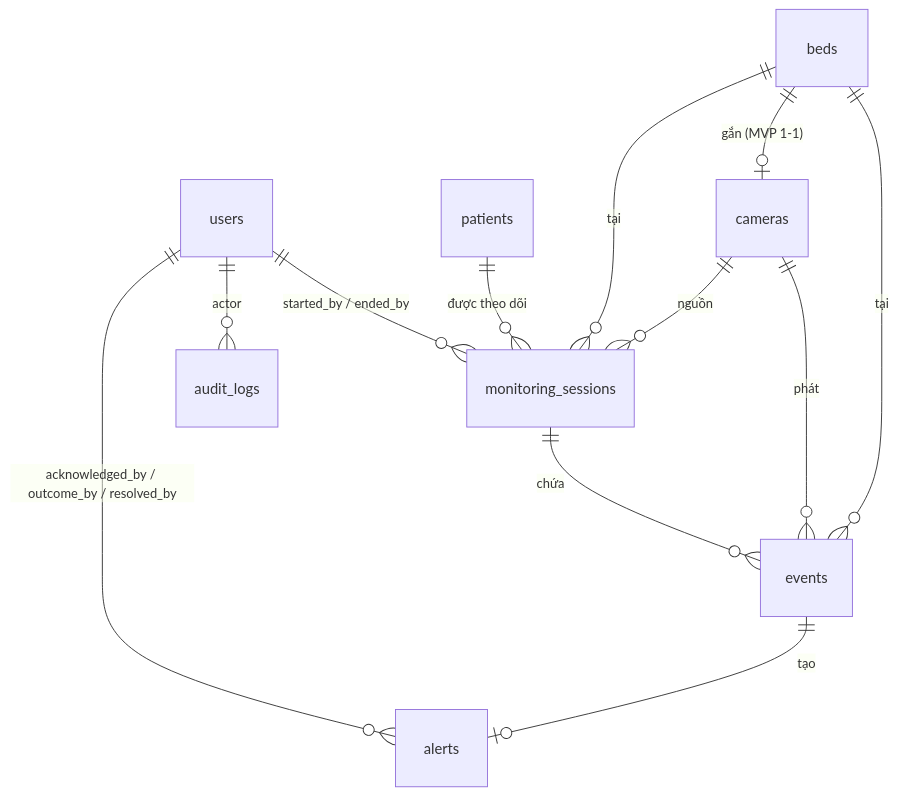
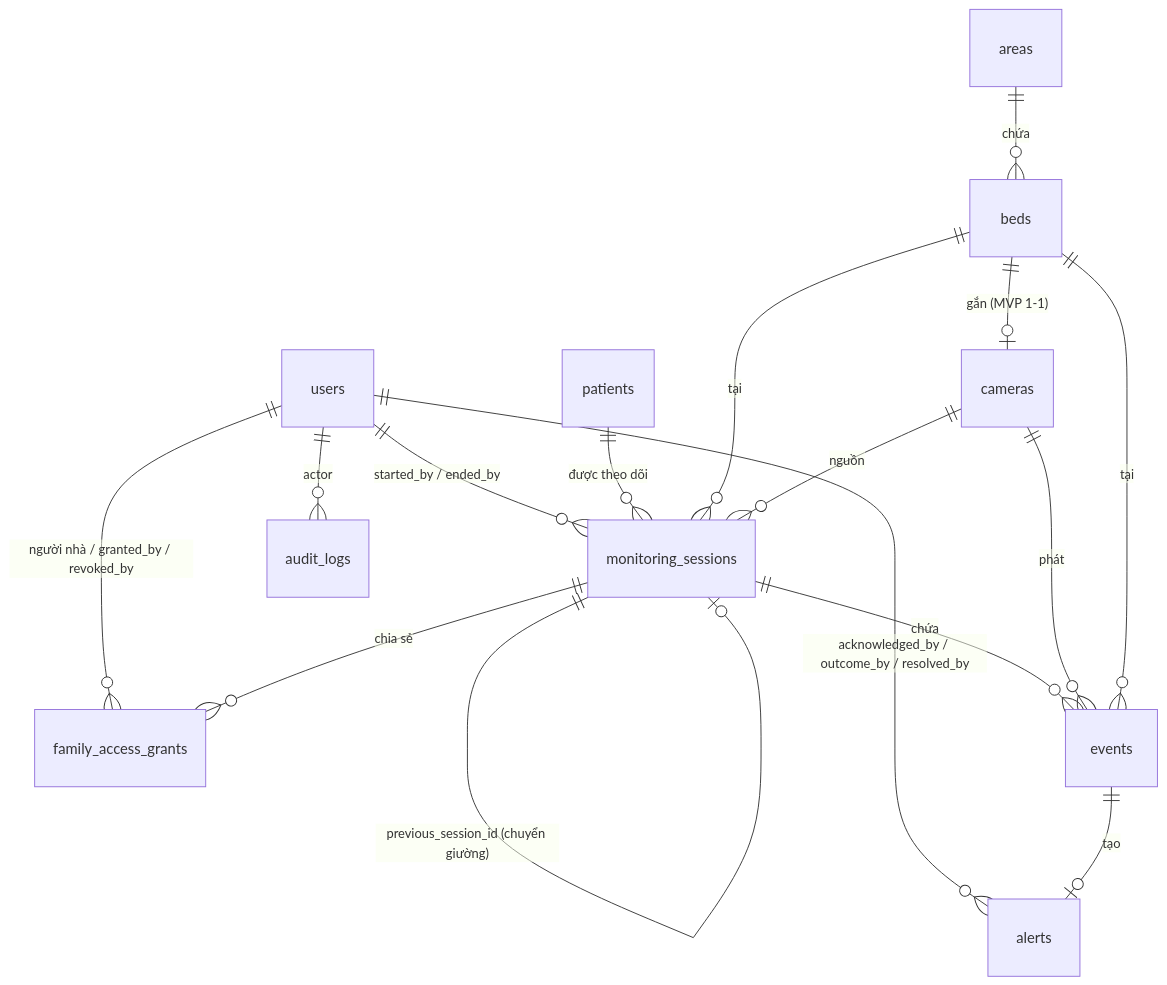
Before and after one commit to aanhtuan/PostCareAi: the diagram in docs/02-architecture/data-model.md, drawn with Mermaid. The commit also changed other lines of this file and 28 other files, not shown here.

````diff
--- a/docs/02-architecture/data-model.md
+++ b/docs/02-architecture/data-model.md
@@ -14,14 +14,18 @@
 ```mermaid
 erDiagram
   users ||--o{ monitoring_sessions : "started_by / ended_by"
   users ||--o{ alerts : "acknowledged_by / outcome_by / resolved_by"
   users ||--o{ audit_logs : actor
+  users ||--o{ family_access_grants : "người nhà / granted_by / revoked_by"
   patients ||--o{ monitoring_sessions : "được theo dõi"
+  areas ||--o{ beds : "chứa"
   beds ||--o{ monitoring_sessions : "tại"
+  monitoring_sessions ||--o| monitoring_sessions : "previous_session_id (chuyển giường)"
+  monitoring_sessions ||--o{ family_access_grants : "chia sẻ"
   beds ||--o| cameras : "gắn (MVP 1-1)"
   cameras ||--o{ monitoring_sessions : "nguồn"
   monitoring_sessions ||--o{ events : "chứa"
   cameras ||--o{ events : "phát"
   beds ||--o{ events : "tại"
   events ||--o| alerts : "tạo"
 ```
````
